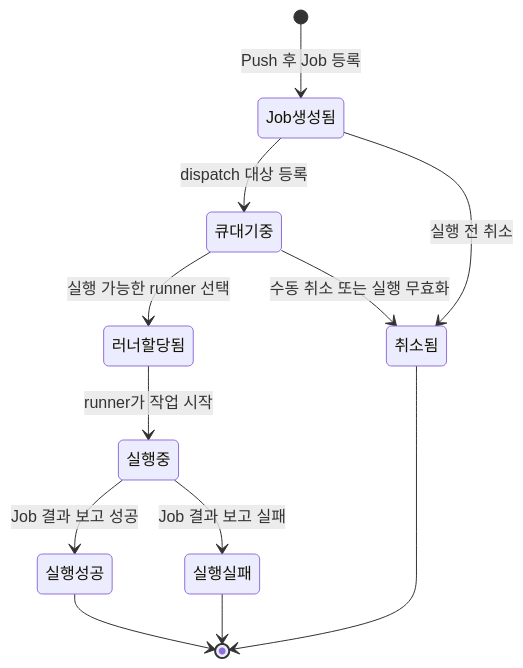
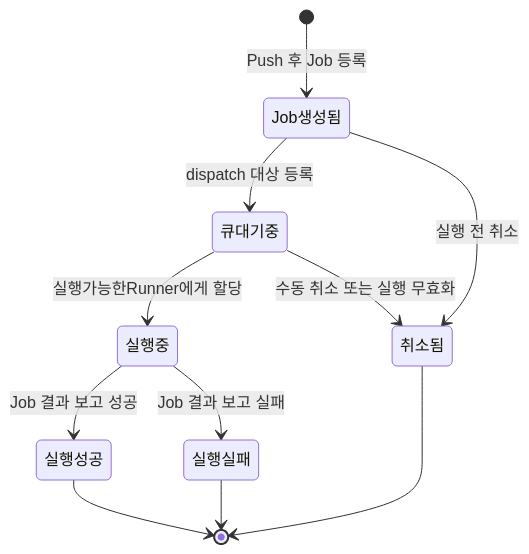
The second of 2 diagrams in docs/business/job-event-storming.md (jgitkins/jgitkins-server), drawn with Mermaid before and after one commit. The commit also changed 14 other files, not shown here.

````diff
--- a/docs/business/job-event-storming.md
+++ b/docs/business/job-event-storming.md
@@ -38,17 +38,16 @@
 ```mermaid
 stateDiagram-v2
     [*] --> Job생성됨: Push 후 Job 등록
     Job생성됨 --> 큐대기중: dispatch 대상 등록
-    큐대기중 --> 러너할당됨: 실행 가능한 runner 선택
-    러너할당됨 --> 실행중: runner가 작업 시작
+    큐대기중 --> 실행중: 실행가능한Runner에게 할당
 
     실행중 --> 실행성공: Job 결과 보고 성공
     실행중 --> 실행실패: Job 결과 보고 실패
 
     Job생성됨 --> 취소됨: 실행 전 취소
     큐대기중 --> 취소됨: 수동 취소 또는 실행 무효화
 
     실행성공 --> [*]
     실행실패 --> [*]
     취소됨 --> [*]
 ```
````
